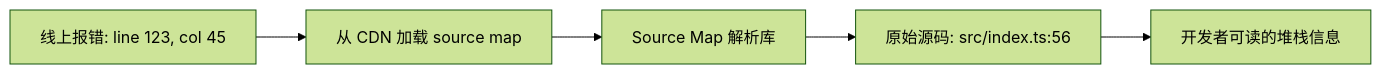
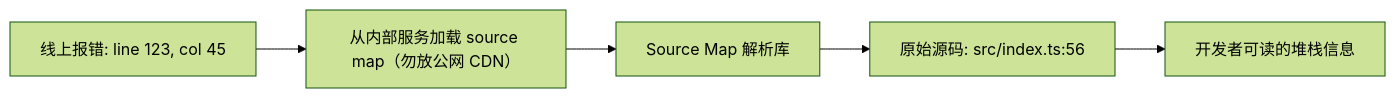
The third of 5 diagrams in docs/S3-进阶提升/06-前端监控与埋点.md (KMaybe01/interview-demo), drawn with Mermaid (forest theme) before and after one commit. The commit also changed other lines of this file and 7 other files, not shown here.

````diff
--- a/docs/S3-进阶提升/06-前端监控与埋点.md
+++ b/docs/S3-进阶提升/06-前端监控与埋点.md
@@ -264,7 +289,7 @@
 ```mermaid
 flowchart LR
-    A["线上报错: line 123, col 45"] --> B["从 CDN 加载 source map"]
+    A["线上报错: line 123, col 45"] --> B["从内部服务加载 source map（勿放公网 CDN）"]
     B --> C["Source Map 解析库"]
     C --> D["原始源码: src/index.ts:56"]
     D --> E["开发者可读的堆栈信息"]
 ```
````
